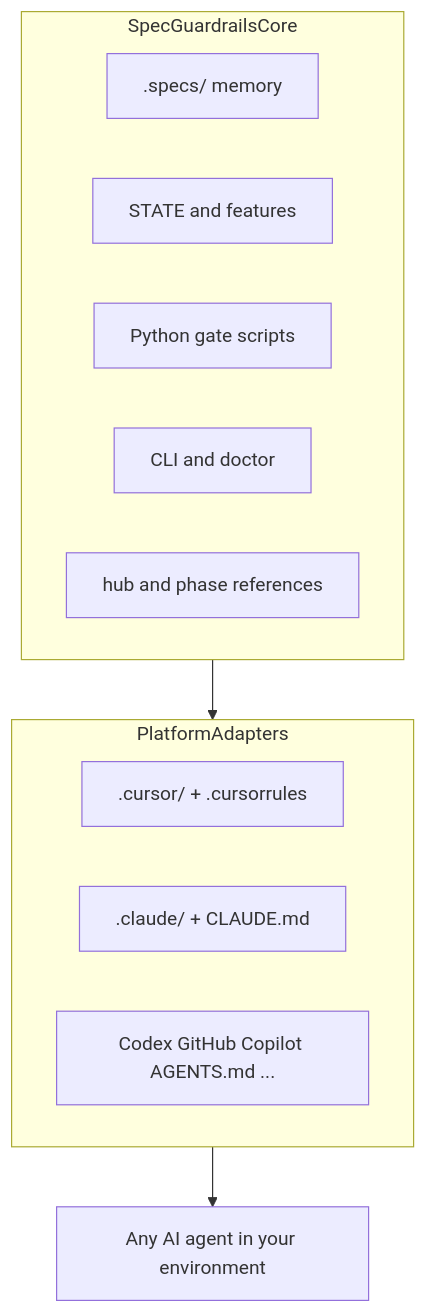
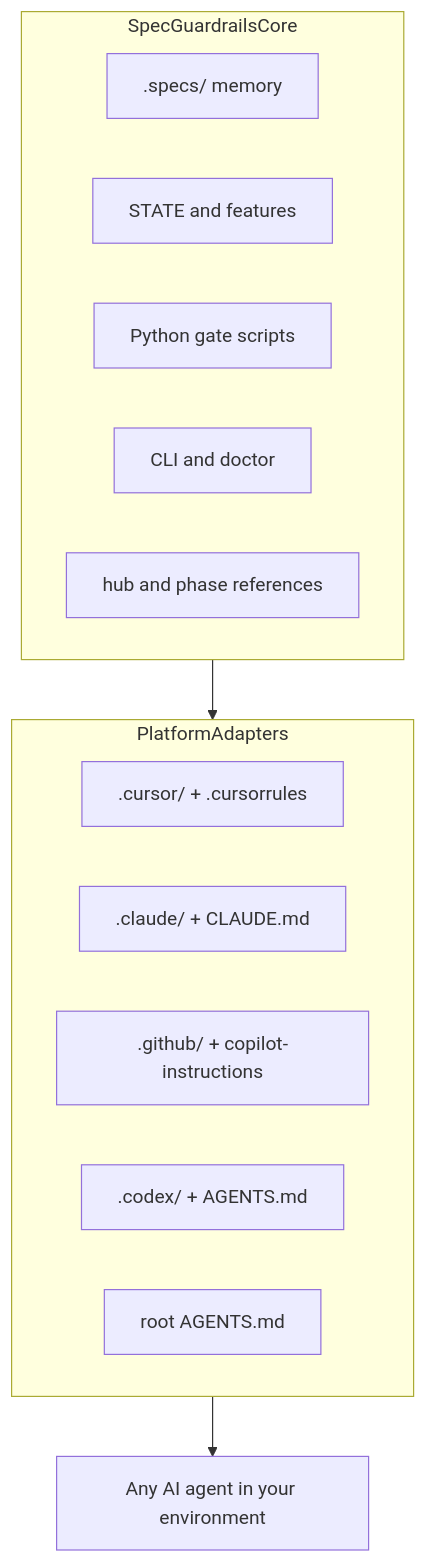
One commit to luizssantiago92/spec-guardrails changed the diagram in docs/guide/Architecture.md. Above: the diagram before and after it, drawn with Mermaid. The commit also changed other lines of this file and 28 other files, not shown here.

````diff
--- a/docs/guide/Architecture.md
+++ b/docs/guide/Architecture.md
@@ -9,18 +9,20 @@
 ```mermaid
 flowchart TB
   subgraph core [SpecGuardrailsCore]
     specs[".specs/ memory"]
     state[STATE and features]
     gates[Python gate scripts]
     cli[CLI and doctor]
     hub[hub and phase references]
   end
   subgraph adapters [PlatformAdapters]
     cursor[".cursor/ + .cursorrules"]
     claude[".claude/ + CLAUDE.md"]
-    future["Codex GitHub Copilot AGENTS.md ..."]
+    copilot[".github/ + copilot-instructions"]
+    codex[".codex/ + AGENTS.md"]
+    agentsMd["root AGENTS.md"]
   end
   core --> adapters
   agents[Any AI agent in your environment]
   adapters --> agents
 ```
````
